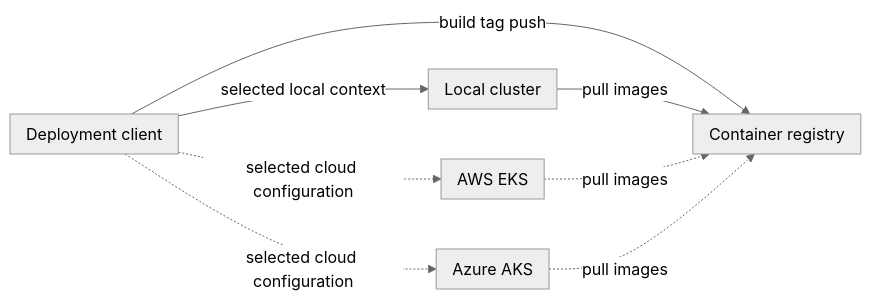
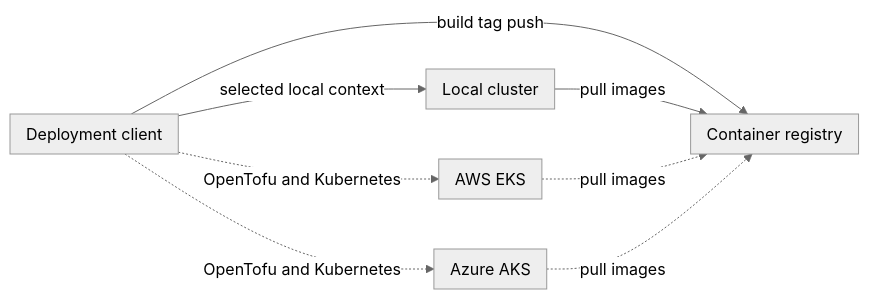
One commit to alissonsol/yuruna changed the fifth of 5 diagrams in docs/design/06-deployment.md. Above: the diagram before and after it, drawn with Mermaid (neutral theme). The commit also changed other lines of this file and 1343 other files, not shown here.

````diff
--- a/docs/design/06-deployment.md
+++ b/docs/design/06-deployment.md
@@ -191,21 +216,21 @@
 ```mermaid
 flowchart LR
     subgraph set-resource-ps1["Deployment client"]
     end
     subgraph localhost["Local cluster"]
     end
     subgraph aws["AWS EKS"]
     end
     subgraph azure["Azure AKS"]
     end
     subgraph registry["Container registry"]
     end
     set-resource-ps1 -->|selected local context| localhost
     %% optional: AWS and Azure are selected configuration alternatives.
-    set-resource-ps1 -.->|selected cloud configuration| aws
-    set-resource-ps1 -.->|selected cloud configuration| azure
+    set-resource-ps1 -.->|OpenTofu and Kubernetes| aws
+    set-resource-ps1 -.->|OpenTofu and Kubernetes| azure
     set-resource-ps1 -->|build tag push| registry
     localhost -->|pull images| registry
     aws -.->|pull images| registry
     azure -.->|pull images| registry
 ```
````
